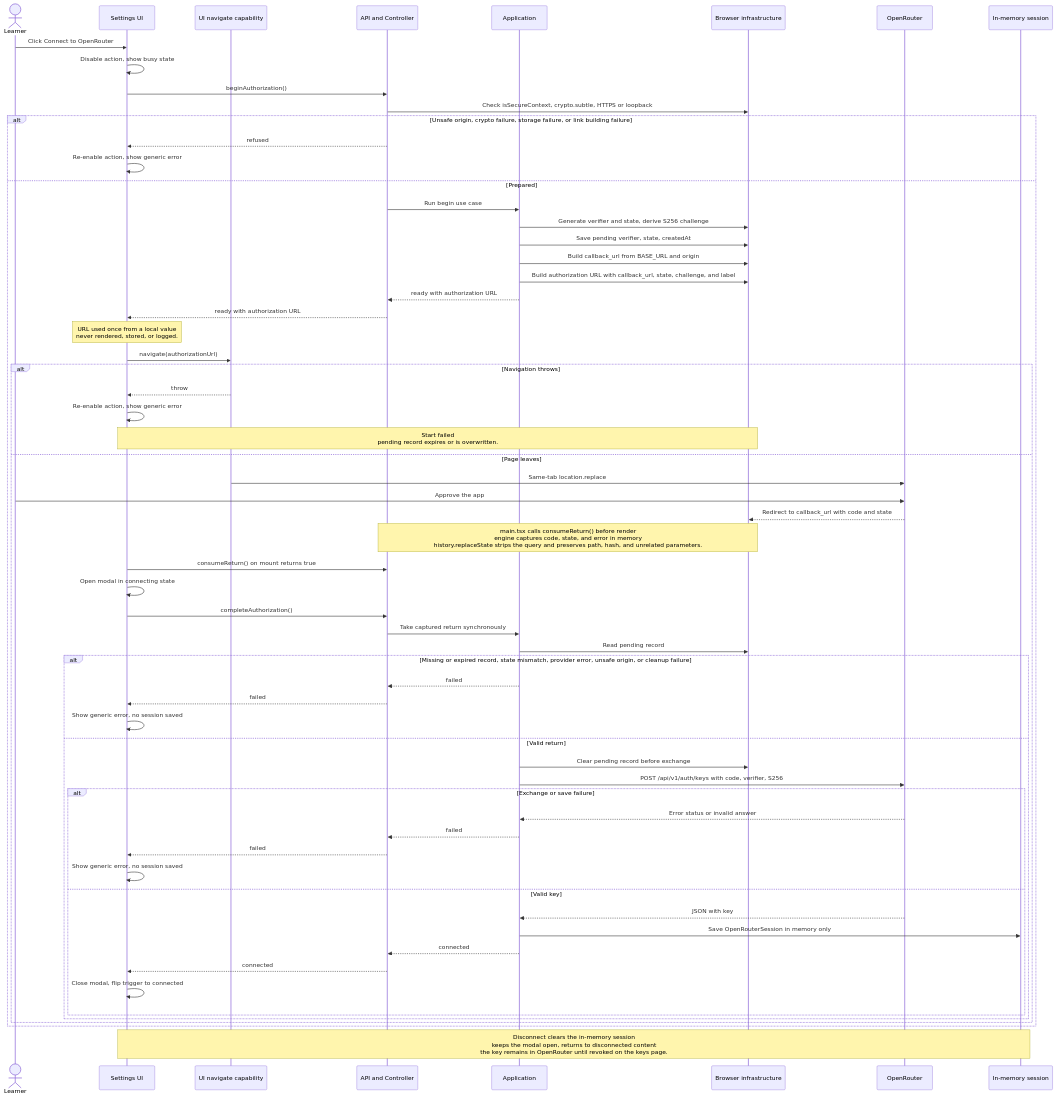
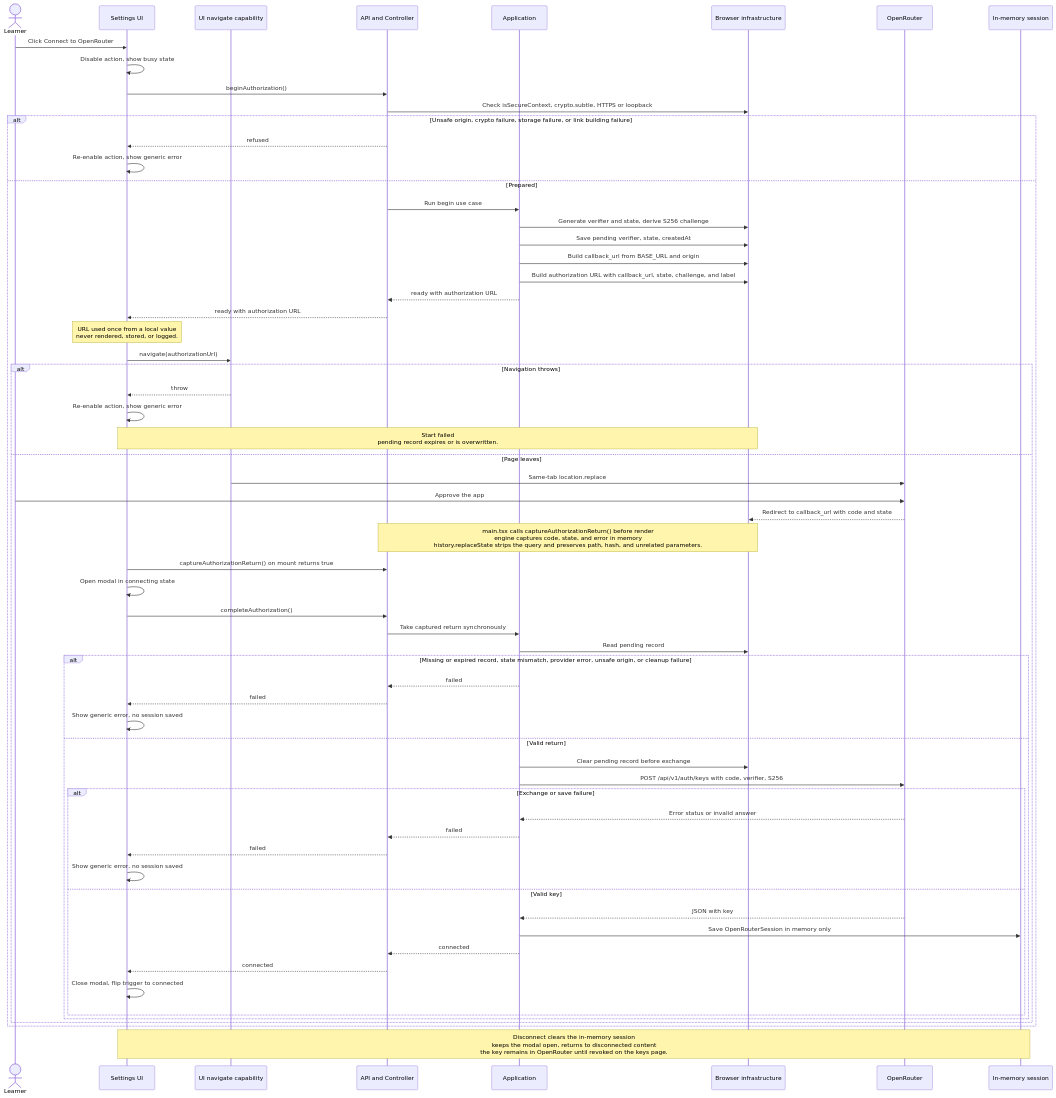
One commit to Steph0/tanuki-kanji changed the second of 2 diagrams in docs/specs/016-openrouter-oauth/016-openrouter-oauth-flow.md. Above: the diagram before and after it, drawn with Mermaid. The commit also changed other lines of this file and 27 other files, not shown here.

````diff
--- a/docs/specs/016-openrouter-oauth/016-openrouter-oauth-flow.md
+++ b/docs/specs/016-openrouter-oauth/016-openrouter-oauth-flow.md
@@ -27,67 +27,67 @@
 ```mermaid
 sequenceDiagram
   actor L as Learner
   participant UI as Settings UI
   participant NAV as UI navigate capability
   participant API as API and Controller
   participant APP as Application
   participant BR as Browser infrastructure
   participant OR as OpenRouter
   participant ST as In-memory session
 
   L->>UI: Click Connect to OpenRouter
   UI->>UI: Disable action, show busy state
   UI->>API: beginAuthorization()
   API->>BR: Check isSecureContext, crypto.subtle, HTTPS or loopback
   alt Unsafe origin, crypto failure, storage failure, or link building failure
     API-->>UI: refused
     UI->>UI: Re-enable action, show generic error
   else Prepared
     API->>APP: Run begin use case
     APP->>BR: Generate verifier and state, derive S256 challenge
     APP->>BR: Save pending verifier, state, createdAt
     APP->>BR: Build callback_url from BASE_URL and origin
     APP->>BR: Build authorization URL with callback_url, state, challenge, and label
     APP-->>API: ready with authorization URL
     API-->>UI: ready with authorization URL
     Note over UI: URL used once from a local value<br>never rendered, stored, or logged.
     UI->>NAV: navigate(authorizationUrl)
     alt Navigation throws
       NAV-->>UI: throw
       UI->>UI: Re-enable action, show generic error
       Note over UI,BR: Start failed<br>pending record expires or is overwritten.
     else Page leaves
       NAV->>OR: Same-tab location.replace
       L->>OR: Approve the app
       OR-->>BR: Redirect to callback_url with code and state
-      Note over BR,API: main.tsx calls consumeReturn() before render<br>engine captures code, state, and error in memory<br>history.replaceState strips the query and preserves path, hash, and unrelated parameters.
-      UI->>API: consumeReturn() on mount returns true
+      Note over BR,API: main.tsx calls captureAuthorizationReturn() before render<br>engine captures code, state, and error in memory<br>history.replaceState strips the query and preserves path, hash, and unrelated parameters.
+      UI->>API: captureAuthorizationReturn() on mount returns true
       UI->>UI: Open modal in connecting state
       UI->>API: completeAuthorization()
       API->>APP: Take captured return synchronously
       APP->>BR: Read pending record
       alt Missing or expired record, state mismatch, provider error, unsafe origin, or cleanup failure
         APP-->>API: failed
         API-->>UI: failed
         UI->>UI: Show generic error, no session saved
       else Valid return
         APP->>BR: Clear pending record before exchange
         APP->>OR: POST /api/v1/auth/keys with code, verifier, S256
         alt Exchange or save failure
           OR-->>APP: Error status or invalid answer
           APP-->>API: failed
           API-->>UI: failed
           UI->>UI: Show generic error, no session saved
         else Valid key
           OR-->>APP: JSON with key
           APP->>ST: Save OpenRouterSession in memory only
           APP-->>API: connected
           API-->>UI: connected
           UI->>UI: Close modal, flip trigger to connected
         end
       end
     end
   end
 
   Note over UI,ST: Disconnect clears the in-memory session<br>keeps the modal open, returns to disconnected content<br>the key remains in OpenRouter until revoked on the keys page.
 ```
````
